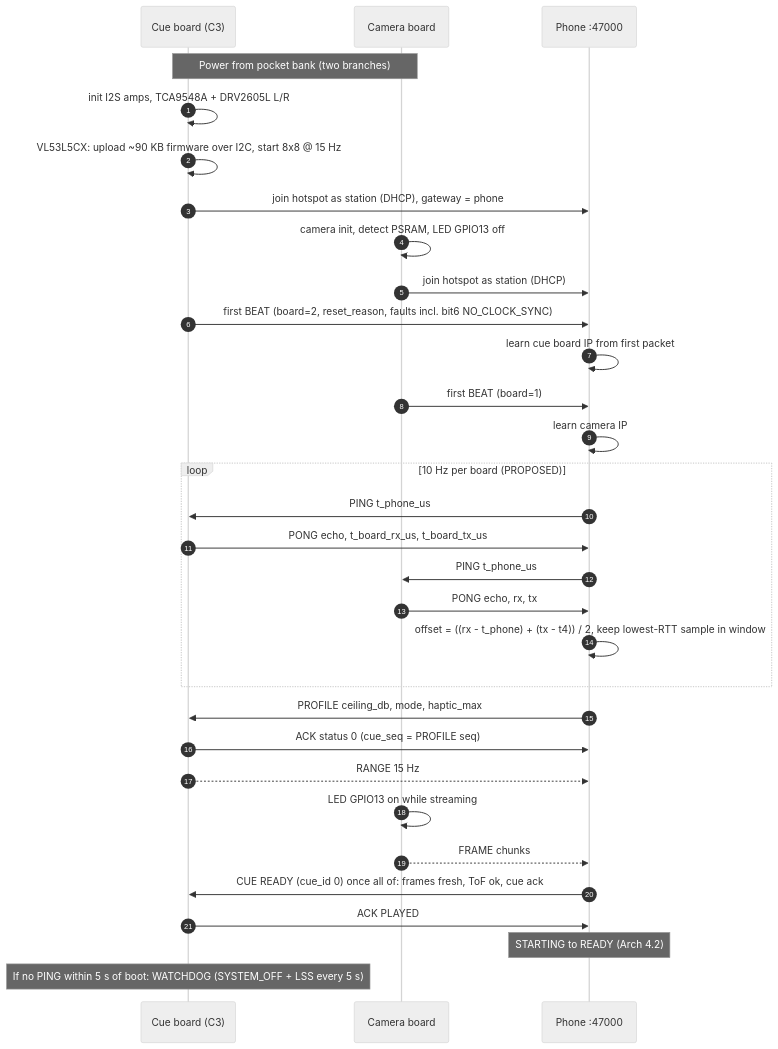
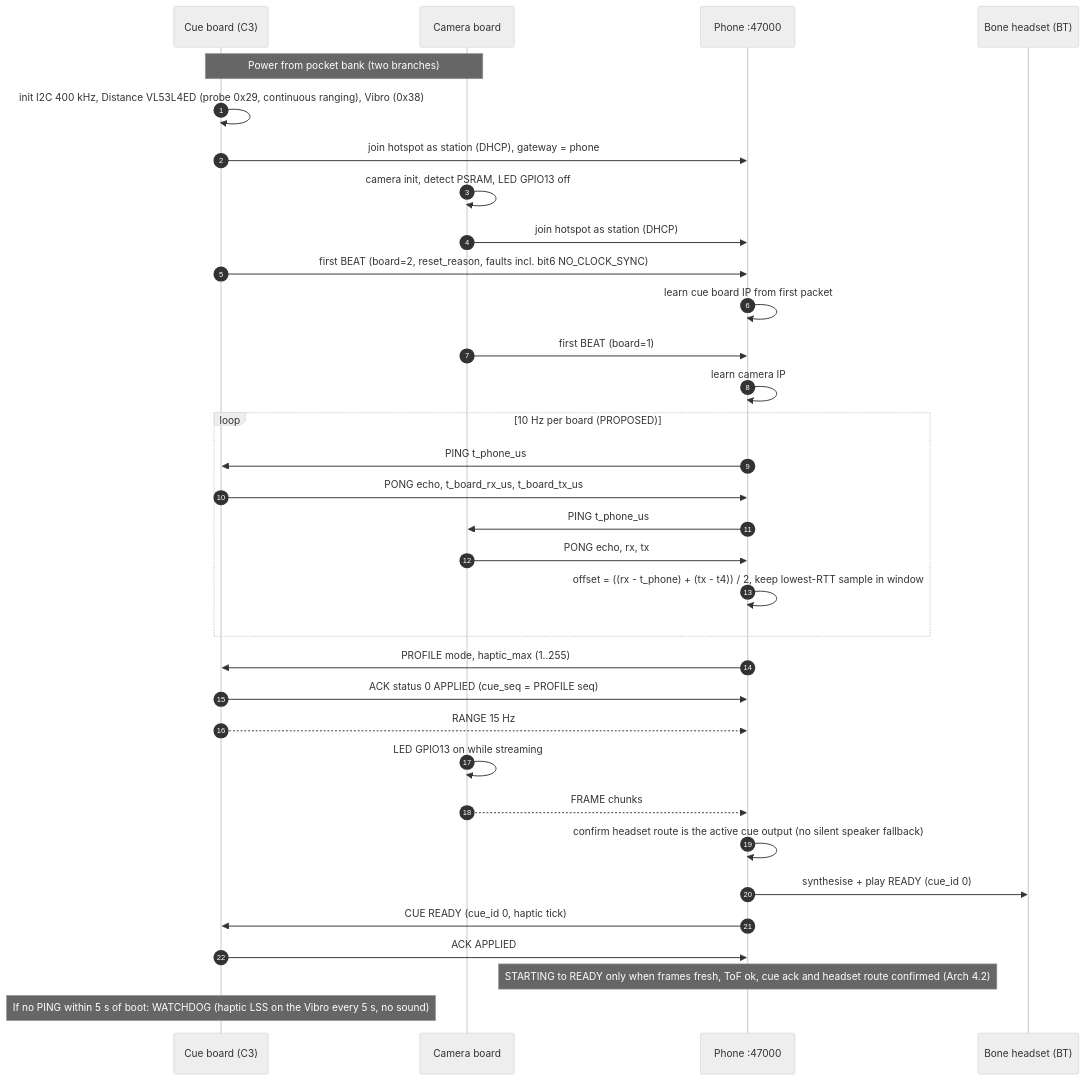
Before and after one commit to nunera/Determine: the fourth of 6 diagrams in docs/flows/hardware.md, drawn with Mermaid (neutral theme). The commit also changed other lines of this file and 159 other files, not shown here.

First line of the commit message:
Bring iOS app live with tuning, diagnostics, OCR and Vibro firmware

````diff
--- a/docs/flows/hardware.md
+++ b/docs/flows/hardware.md
@@ -172,33 +149,35 @@
 ```mermaid
 sequenceDiagram
   autonumber
   participant CUE as Cue board (C3)
   participant CAM as Camera board
   participant PH as Phone :47000
+  participant HEAD as Bone headset (BT)
   Note over CUE,CAM: Power from pocket bank (two branches)
-  CUE->>CUE: init I2S amps, TCA9548A + DRV2605L L/R
-  CUE->>CUE: VL53L5CX: upload ~90 KB firmware over I2C, start 8x8 @ 15 Hz
+  CUE->>CUE: init I2C 400 kHz, Distance VL53L4ED (probe 0x29, continuous ranging), Vibro (0x38)
   CUE->>PH: join hotspot as station (DHCP), gateway = phone
   CAM->>CAM: camera init, detect PSRAM, LED GPIO13 off
   CAM->>PH: join hotspot as station (DHCP)
   CUE->>PH: first BEAT (board=2, reset_reason, faults incl. bit6 NO_CLOCK_SYNC)
   PH->>PH: learn cue board IP from first packet
   CAM->>PH: first BEAT (board=1)
   PH->>PH: learn camera IP
   loop 10 Hz per board (PROPOSED)
     PH->>CUE: PING t_phone_us
     CUE->>PH: PONG echo, t_board_rx_us, t_board_tx_us
     PH->>CAM: PING t_phone_us
     CAM->>PH: PONG echo, rx, tx
     PH->>PH: offset = ((rx - t_phone) + (tx - t4)) / 2, keep lowest-RTT sample in window
   end
-  PH->>CUE: PROFILE ceiling_db, mode, haptic_max
-  CUE->>PH: ACK status 0 (cue_seq = PROFILE seq)
+  PH->>CUE: PROFILE mode, haptic_max (1..255)
+  CUE->>PH: ACK status 0 APPLIED (cue_seq = PROFILE seq)
   CUE-->>PH: RANGE 15 Hz
   CAM->>CAM: LED GPIO13 on while streaming
   CAM-->>PH: FRAME chunks
-  PH->>CUE: CUE READY (cue_id 0) once all of: frames fresh, ToF ok, cue ack
-  CUE->>PH: ACK PLAYED
-  Note over PH: STARTING to READY (Arch 4.2)
-  Note over CUE: If no PING within 5 s of boot: WATCHDOG (SYSTEM_OFF + LSS every 5 s)
+  PH->>PH: confirm headset route is the active cue output (no silent speaker fallback)
+  PH->>HEAD: synthesise + play READY (cue_id 0)
+  PH->>CUE: CUE READY (cue_id 0, haptic tick)
+  CUE->>PH: ACK APPLIED
+  Note over PH: STARTING to READY only when frames fresh, ToF ok, cue ack and headset route confirmed (Arch 4.2)
+  Note over CUE: If no PING within 5 s of boot: WATCHDOG (haptic LSS on the Vibro every 5 s, no sound)
 ```
````
